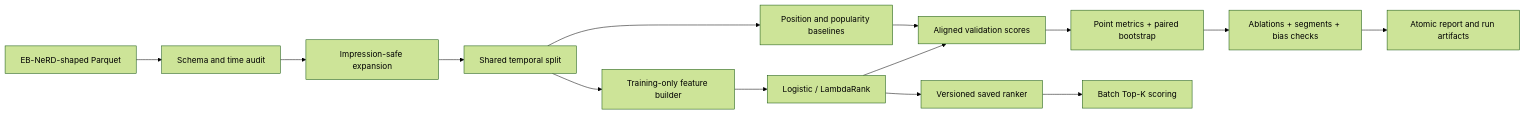
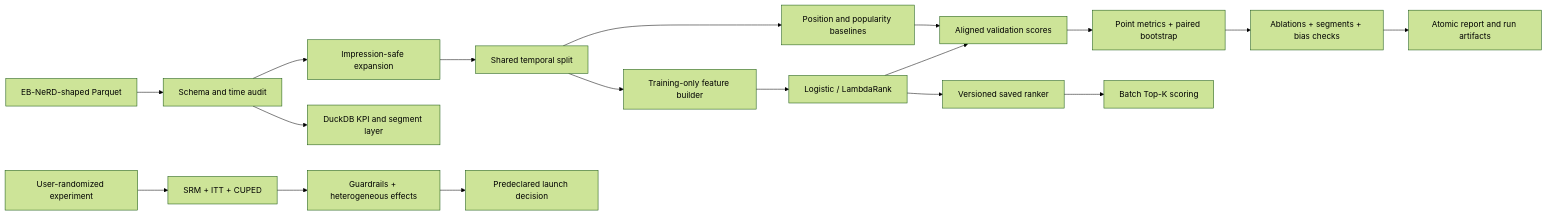
One commit to 1327402913-pixel/news-ctr-ranking changed the diagram in README.md. Above: the diagram before and after it, drawn with Mermaid (forest theme). The commit also changed other lines of this file and 46 other files, not shown here.

Commit message:
feat: add decision science experiment portfolio

````diff
--- a/README.md
+++ b/README.md
@@ -85,16 +149,20 @@
 ```mermaid
 flowchart LR
     A[EB-NeRD-shaped Parquet] --> B[Schema and time audit]
     B --> C[Impression-safe expansion]
     C --> D[Shared temporal split]
     D --> E[Training-only feature builder]
     D --> F[Position and popularity baselines]
     E --> G[Logistic / LambdaRank]
     F --> H[Aligned validation scores]
     G --> H
     H --> I[Point metrics + paired bootstrap]
     I --> J[Ablations + segments + bias checks]
     J --> K[Atomic report and run artifacts]
     G --> L[Versioned saved ranker]
     L --> M[Batch Top-K scoring]
+    B --> N[DuckDB KPI and segment layer]
+    O[User-randomized experiment] --> P[SRM + ITT + CUPED]
+    P --> Q[Guardrails + heterogeneous effects]
+    Q --> R[Predeclared launch decision]
 ```
````
